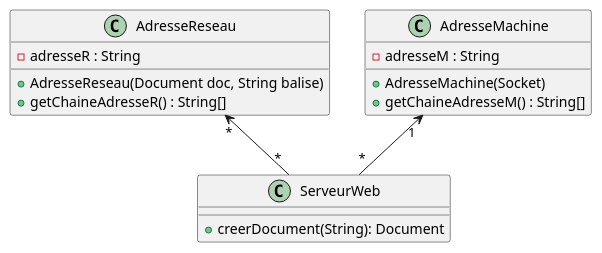
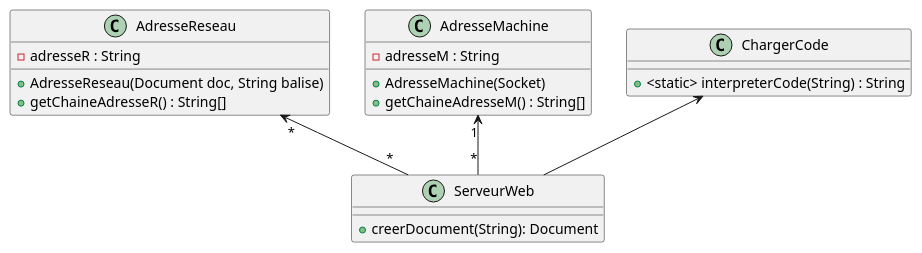
Before and after one commit to Erwanquilliou/2024_Reseau_Quilliou_Leveque_Herrmann: the diagram in Reseau_quilliou_leveque_herrmann/diagrammes/diag_class_global.puml, drawn with PlantUML. The commit also changed 6 other files, not shown here.

Commit message:
commentares et diagramme

```diff
--- a/Reseau_quilliou_leveque_herrmann/diagrammes/diag_class_global.puml
+++ b/Reseau_quilliou_leveque_herrmann/diagrammes/diag_class_global.puml
@@ -1,27 +1,33 @@
 @startuml
 'https://plantuml.com/class-diagram
 
 class AdresseReseau
 class AdresseMachine
 class ServeurWeb
+class ChargerCode
 
 AdresseReseau "*" <-- "*" ServeurWeb
 AdresseMachine "1" <-- "*" ServeurWeb
+ChargerCode <-- ServeurWeb
 
 class AdresseReseau{
 - adresseR : String
 + AdresseReseau(Document doc, String balise)
 + getChaineAdresseR() : String[]
 }
 
 class AdresseMachine{
 - adresseM : String
 + AdresseMachine(Socket)
 + getChaineAdresseM() : String[]
 }
 
 class ServeurWeb {
 + creerDocument(String): Document
 }
 
+class ChargerCode {
++ <static> interpreterCode(String) : String
+}
+
 @enduml
```
